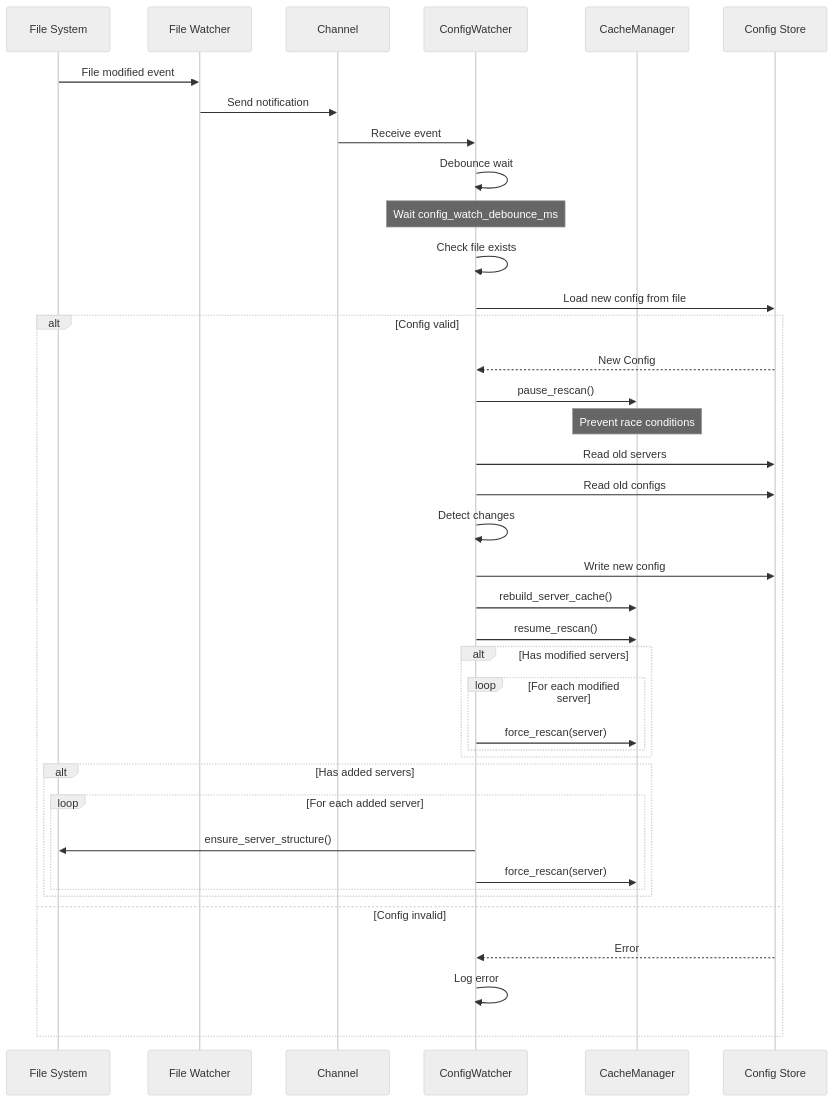
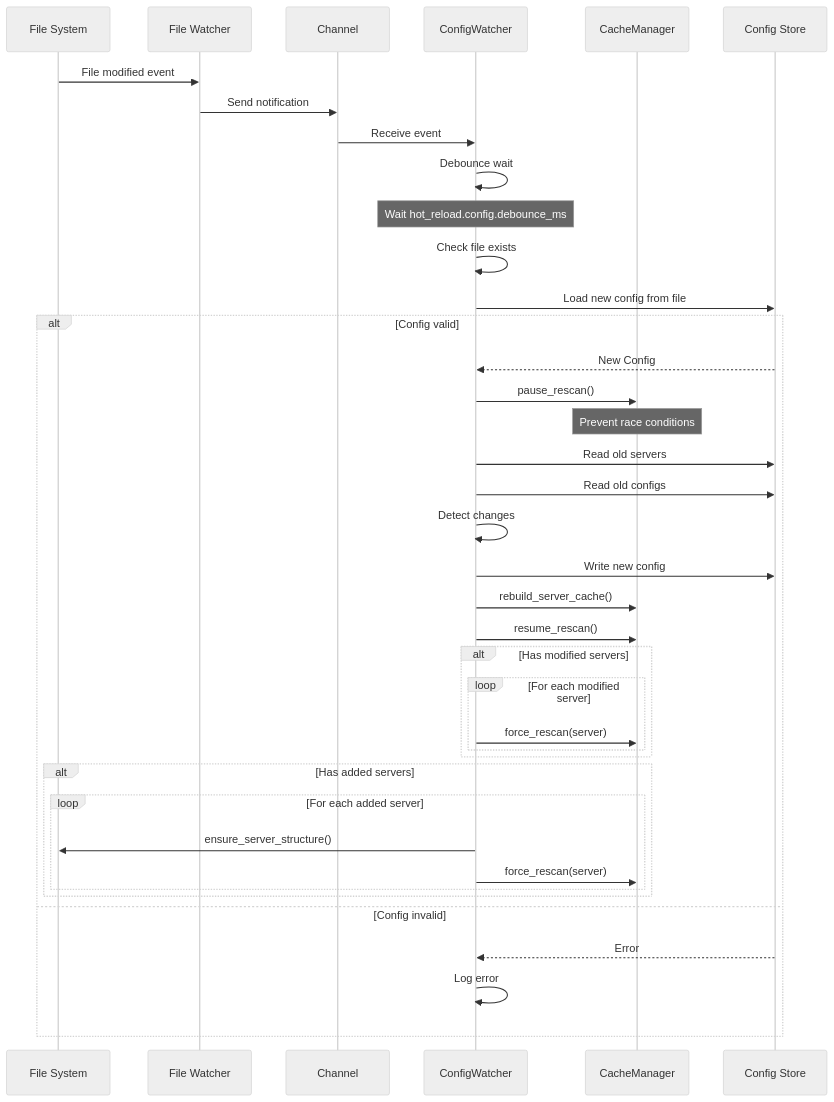
One commit to Lighty-Launcher/LightyUpdater changed the fourth of 10 diagrams in crates/watcher/docs/architecture.md. Above: the diagram before and after it, drawn with Mermaid (neutral theme). The commit also changed other lines of this file and 23 other files, not shown here.

````diff
--- a/crates/watcher/docs/architecture.md
+++ b/crates/watcher/docs/architecture.md
@@ -148,50 +152,50 @@
 ```mermaid
 sequenceDiagram
     participant FS as File System
     participant FW as File Watcher
     participant Chan as Channel
     participant CW as ConfigWatcher
     participant CM as CacheManager
     participant Config as Config Store
 
     FS->>FW: File modified event
     FW->>Chan: Send notification
     Chan->>CW: Receive event
 
     CW->>CW: Debounce wait
-    Note over CW: Wait config_watch_debounce_ms
+    Note over CW: Wait hot_reload.config.debounce_ms
 
     CW->>CW: Check file exists
     CW->>Config: Load new config from file
 
     alt Config valid
         Config-->>CW: New Config
 
         CW->>CM: pause_rescan()
         Note over CM: Prevent race conditions
 
         CW->>Config: Read old servers
         CW->>Config: Read old configs
         CW->>CW: Detect changes
 
         CW->>Config: Write new config
         CW->>CM: rebuild_server_cache()
         CW->>CM: resume_rescan()
 
         alt Has modified servers
             loop For each modified server
                 CW->>CM: force_rescan(server)
             end
         end
 
         alt Has added servers
             loop For each added server
                 CW->>FS: ensure_server_structure()
                 CW->>CM: force_rescan(server)
             end
         end
     else Config invalid
         Config-->>CW: Error
         CW->>CW: Log error
     end
 ```
````
